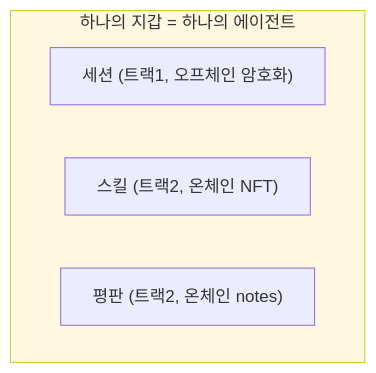
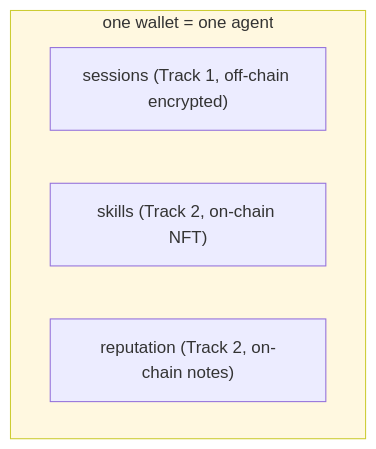
Before and after one commit to IQCoreTeam/AgentNet: the fourth of 4 diagrams in plans/roadmap-2tracks.md, drawn with Mermaid. The commit also changed other lines of this file, not shown here.

Commit message:
docs: translate roadmap-2tracks to English

````diff
--- a/plans/roadmap-2tracks.md
+++ b/plans/roadmap-2tracks.md
@@ -88,9 +92,9 @@
 ```mermaid
 flowchart TB
-    subgraph WALLET["하나의 지갑 = 하나의 에이전트"]
-        S["세션 (트랙1, 오프체인 암호화)"]
-        K["스킬 (트랙2, 온체인 NFT)"]
-        R["평판 (트랙2, 온체인 notes)"]
+    subgraph WALLET["one wallet = one agent"]
+        S["sessions (Track 1, off-chain encrypted)"]
+        K["skills (Track 2, on-chain NFT)"]
+        R["reputation (Track 2, on-chain notes)"]
     end
     style WALLET fill:#fff8e0,stroke:#cc3
 ```
````
